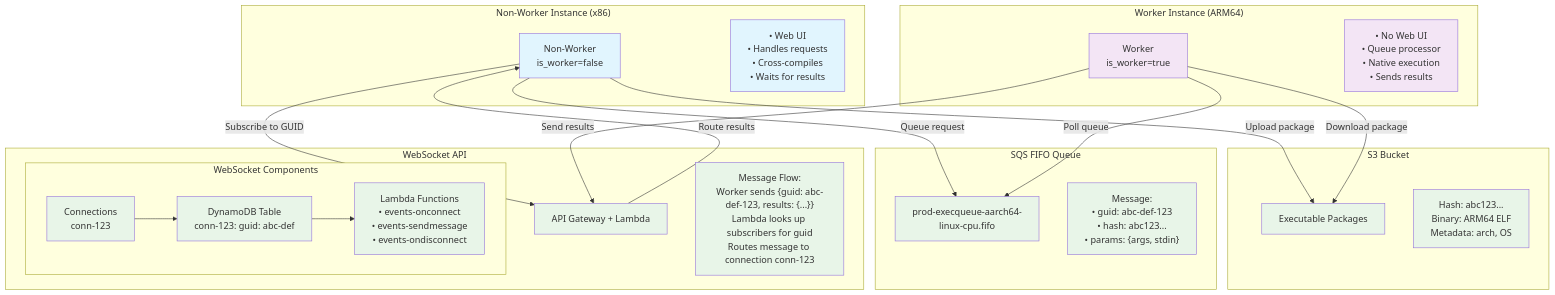
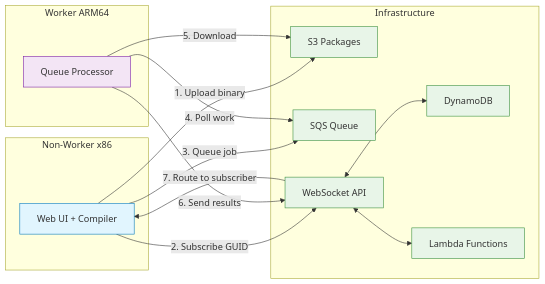
Before and after one commit to compiler-explorer/infra: the second of 2 diagrams in docs/aarch64_execution_workflow.md, drawn with Mermaid.

````diff
--- a/docs/aarch64_execution_workflow.md
+++ b/docs/aarch64_execution_workflow.md
@@ -93,53 +93,39 @@
 ```mermaid
-graph TB
-    subgraph "Non-Worker Instance (x86)"
-        NW["Non-Worker<br/>is_worker=false"]
-        NWF["• Web UI<br/>• Handles requests<br/>• Cross-compiles<br/>• Waits for results"]
+flowchart LR
+    subgraph nw [Non-Worker x86]
+        NW[Web UI + Compiler]
     end
     
-    subgraph "Worker Instance (ARM64)"
-        W["Worker<br/>is_worker=true"]
-        WF["• No Web UI<br/>• Queue processor<br/>• Native execution<br/>• Sends results"]
+    subgraph w [Worker ARM64]
+        W[Queue Processor]
     end
     
-    subgraph "S3 Bucket"
-        S3["Executable Packages"]
-        S3D["Hash: abc123...<br/>Binary: ARM64 ELF<br/>Metadata: arch, OS"]
+    subgraph infra [Infrastructure]
+        S3[S3 Packages]
+        SQS[SQS Queue]
+        WS[WebSocket API]
+        DDB[DynamoDB]
+        LMB[Lambda Functions]
     end
     
-    subgraph "SQS FIFO Queue"
-        SQS["prod-execqueue-aarch64-<br/>linux-cpu.fifo"]
-        SQSM["Message:<br/>• guid: abc-def-123<br/>• hash: abc123...<br/>• params: {args, stdin}"]
-    end
+    NW -->|1. Upload binary| S3
+    NW -->|2. Subscribe GUID| WS
+    NW -->|3. Queue job| SQS
     
-    subgraph "WebSocket API"
-        WS["API Gateway + Lambda"]
-        subgraph "WebSocket Components"
-            CONN["Connections<br/>conn-123"]
-            DDB["DynamoDB Table<br/>conn-123: guid: abc-def"]
-            LAMBDA["Lambda Functions<br/>• events-onconnect<br/>• events-sendmessage<br/>• events-ondisconnect"]
-        end
-        WSF["Message Flow:<br/>Worker sends {guid: abc-def-123, results: {...}}<br/>Lambda looks up subscribers for guid<br/>Routes message to connection conn-123"]
-    end
+    W -->|4. Poll work| SQS
+    W -->|5. Download| S3
+    W -->|6. Send results| WS
     
-    NW -->|Upload package| S3
-    NW -->|Subscribe to GUID| WS
-    NW -->|Queue request| SQS
+    WS -->|7. Route to subscriber| NW
     
-    W -->|Poll queue| SQS
-    W -->|Download package| S3
-    W -->|Send results| WS
+    WS <--> DDB
+    WS <--> LMB
     
-    WS -->|Route results| NW
+    classDef nonWorker fill:#e1f5fe,stroke:#0277bd
+    classDef worker fill:#f3e5f5,stroke:#7b1fa2
+    classDef service fill:#e8f5e8,stroke:#388e3c
     
-    CONN --> DDB
-    DDB --> LAMBDA
-    
-    classDef nonWorker fill:#e1f5fe
-    classDef worker fill:#f3e5f5
-    classDef service fill:#e8f5e8
-    
-    class NW,NWF nonWorker
-    class W,WF worker
-    class S3,S3D,SQS,SQSM,WS,CONN,DDB,LAMBDA,WSF service
+    class NW nonWorker
+    class W worker
+    class S3,SQS,WS,DDB,LMB service
 ```
````
